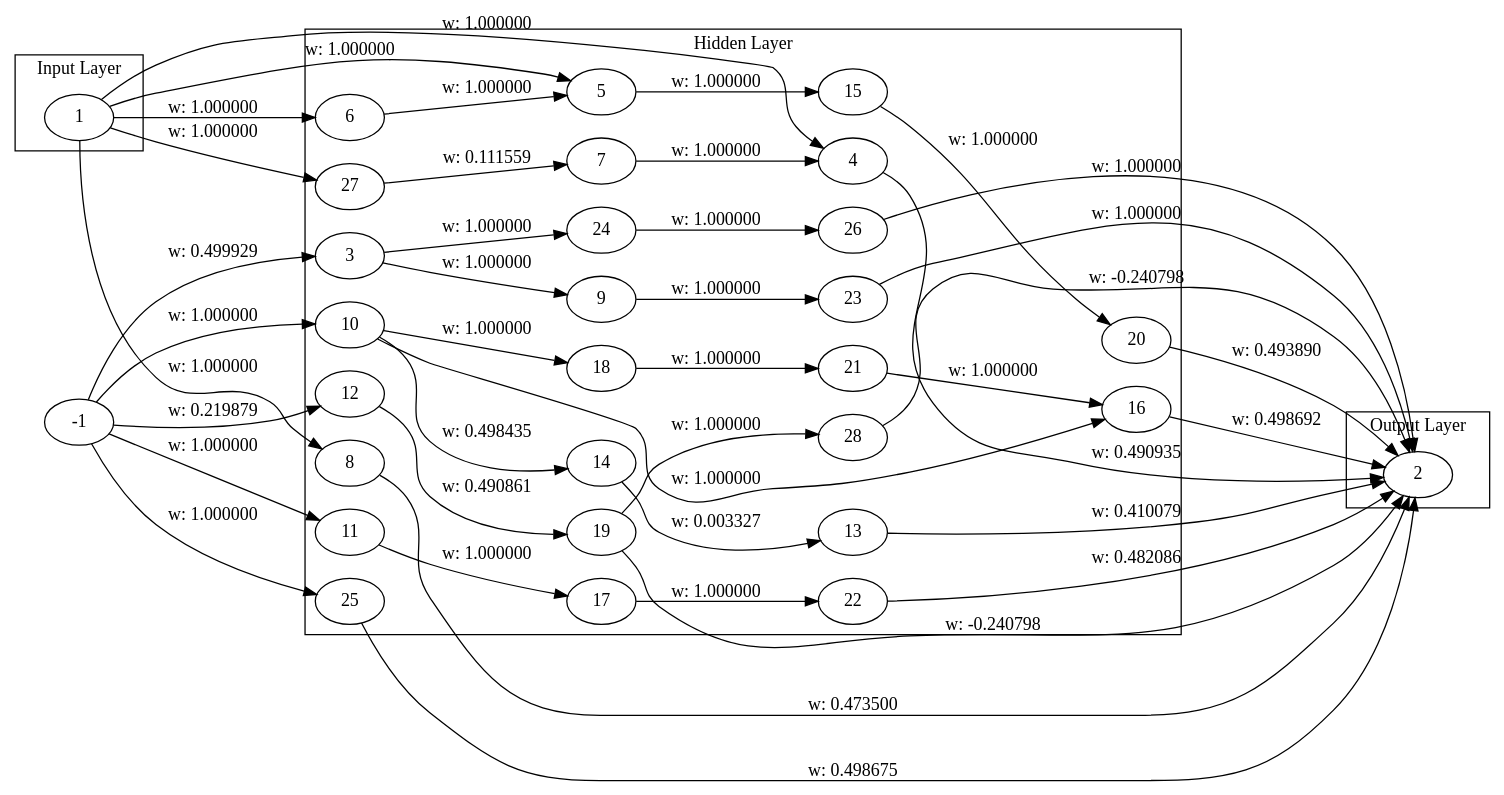
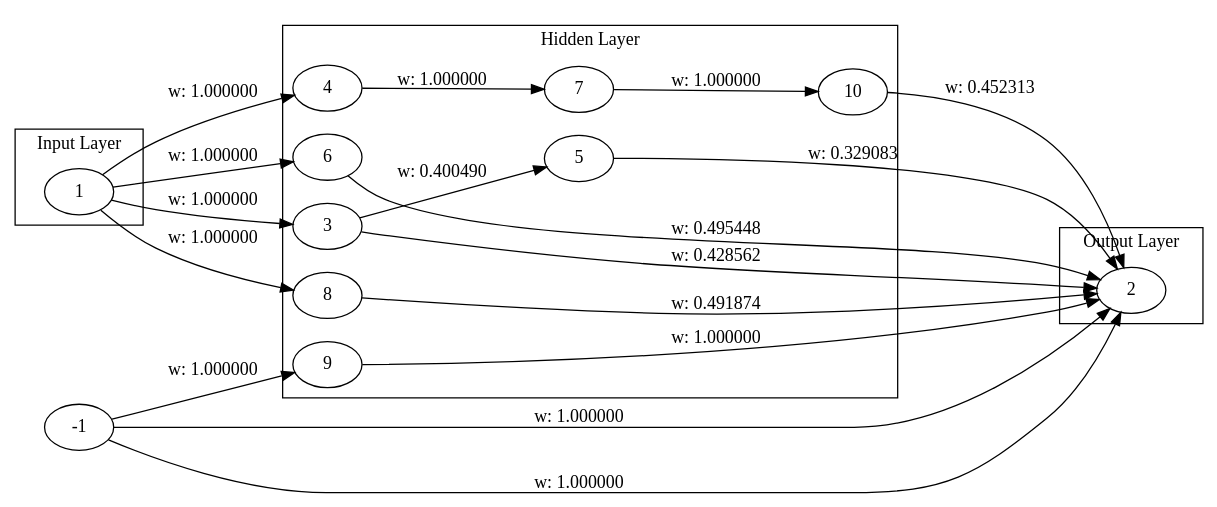
Before and after one commit to malikAkurtz/TradingSystem: the diagram in genome_graph.dot, drawn with Graphviz. The commit also changed 5 other files, not shown here.

```diff
--- a/genome_graph.dot
+++ b/genome_graph.dot
@@ -1,80 +1,38 @@
 digraph Genome {
   rankdir=LR;
   subgraph cluster_0 {
     label="Input Layer";
     1;
   }
   subgraph cluster_1 {
     label="Hidden Layer";
     3;
     4;
     5;
     6;
     7;
     8;
     9;
     10;
-    11;
-    12;
-    13;
-    14;
-    15;
-    16;
-    17;
-    18;
-    19;
-    20;
-    21;
-    22;
-    23;
-    24;
-    25;
-    26;
-    27;
-    28;
   }
   subgraph cluster_2 {
     label="Output Layer";
     2;
   }
-  -1 -> 3 [label="w: 0.499929"];
+  -1 -> 2 [label="w: 1.000000"];
+  -1 -> 2 [label="w: 1.000000"];
+  1 -> 3 [label="w: 1.000000"];
+  3 -> 2 [label="w: 0.428562"];
   1 -> 4 [label="w: 1.000000"];
-  4 -> 2 [label="w: 0.490935"];
-  1 -> 5 [label="w: 1.000000"];
+  3 -> 5 [label="w: 0.400490"];
+  5 -> 2 [label="w: 0.329083"];
   1 -> 6 [label="w: 1.000000"];
-  6 -> 5 [label="w: 1.000000"];
-  7 -> 4 [label="w: 1.000000"];
+  6 -> 2 [label="w: 0.495448"];
+  4 -> 7 [label="w: 1.000000"];
   1 -> 8 [label="w: 1.000000"];
-  8 -> 2 [label="w: 0.473500"];
-  3 -> 9 [label="w: 1.000000"];
-  -1 -> 10 [label="w: 1.000000"];
-  -1 -> 11 [label="w: 1.000000"];
-  -1 -> 12 [label="w: 0.219879"];
-  13 -> 2 [label="w: 0.410079"];
-  10 -> 14 [label="w: 0.498435"];
-  14 -> 13 [label="w: 0.003327"];
-  5 -> 15 [label="w: 1.000000"];
-  10 -> 16 [label="w: 1.000000"];
-  16 -> 2 [label="w: 0.498692"];
-  11 -> 17 [label="w: 1.000000"];
-  10 -> 18 [label="w: 1.000000"];
-  12 -> 19 [label="w: 0.490861"];
-  19 -> 2 [label="w: -0.240798"];
-  15 -> 20 [label="w: 1.000000"];
-  20 -> 2 [label="w: 0.493890"];
-  18 -> 21 [label="w: 1.000000"];
-  21 -> 16 [label="w: 1.000000"];
-  17 -> 22 [label="w: 1.000000"];
-  22 -> 2 [label="w: 0.482086"];
-  9 -> 23 [label="w: 1.000000"];
-  23 -> 2 [label="w: 1.000000"];
-  3 -> 24 [label="w: 1.000000"];
-  -1 -> 25 [label="w: 1.000000"];
-  25 -> 2 [label="w: 0.498675"];
-  24 -> 26 [label="w: 1.000000"];
-  26 -> 2 [label="w: 1.000000"];
-  1 -> 27 [label="w: 1.000000"];
-  27 -> 7 [label="w: 0.111559"];
-  19 -> 28 [label="w: 1.000000"];
-  28 -> 2 [label="w: -0.240798"];
+  8 -> 2 [label="w: 0.491874"];
+  -1 -> 9 [label="w: 1.000000"];
+  9 -> 2 [label="w: 1.000000"];
+  7 -> 10 [label="w: 1.000000"];
+  10 -> 2 [label="w: 0.452313"];
 }
```
